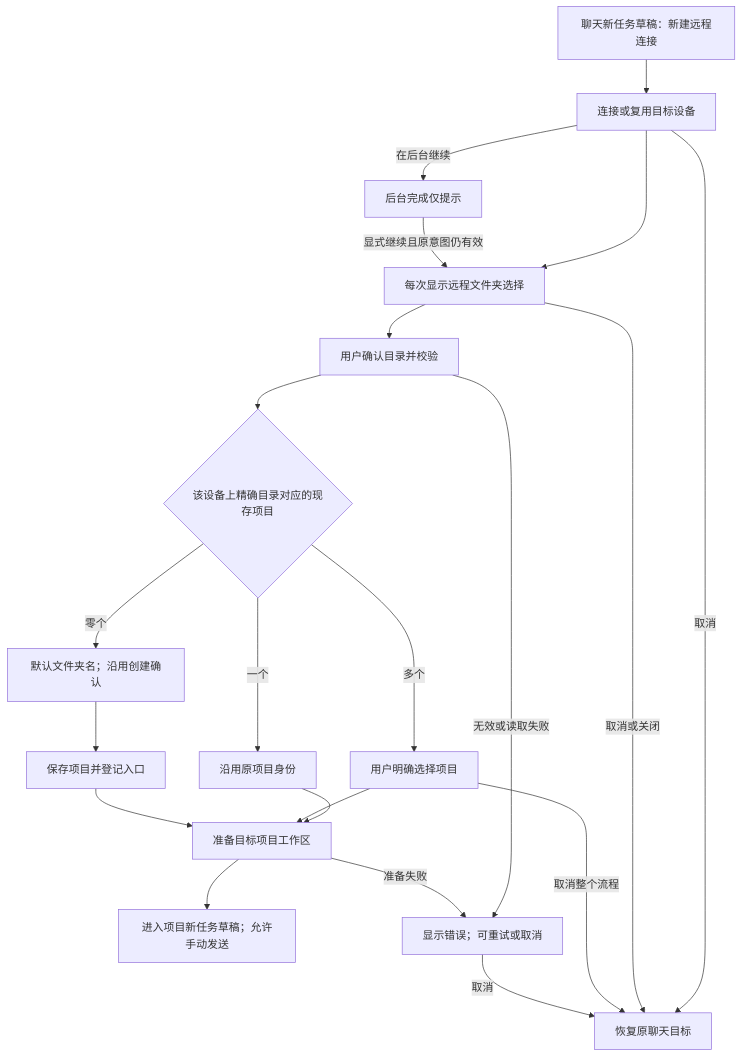
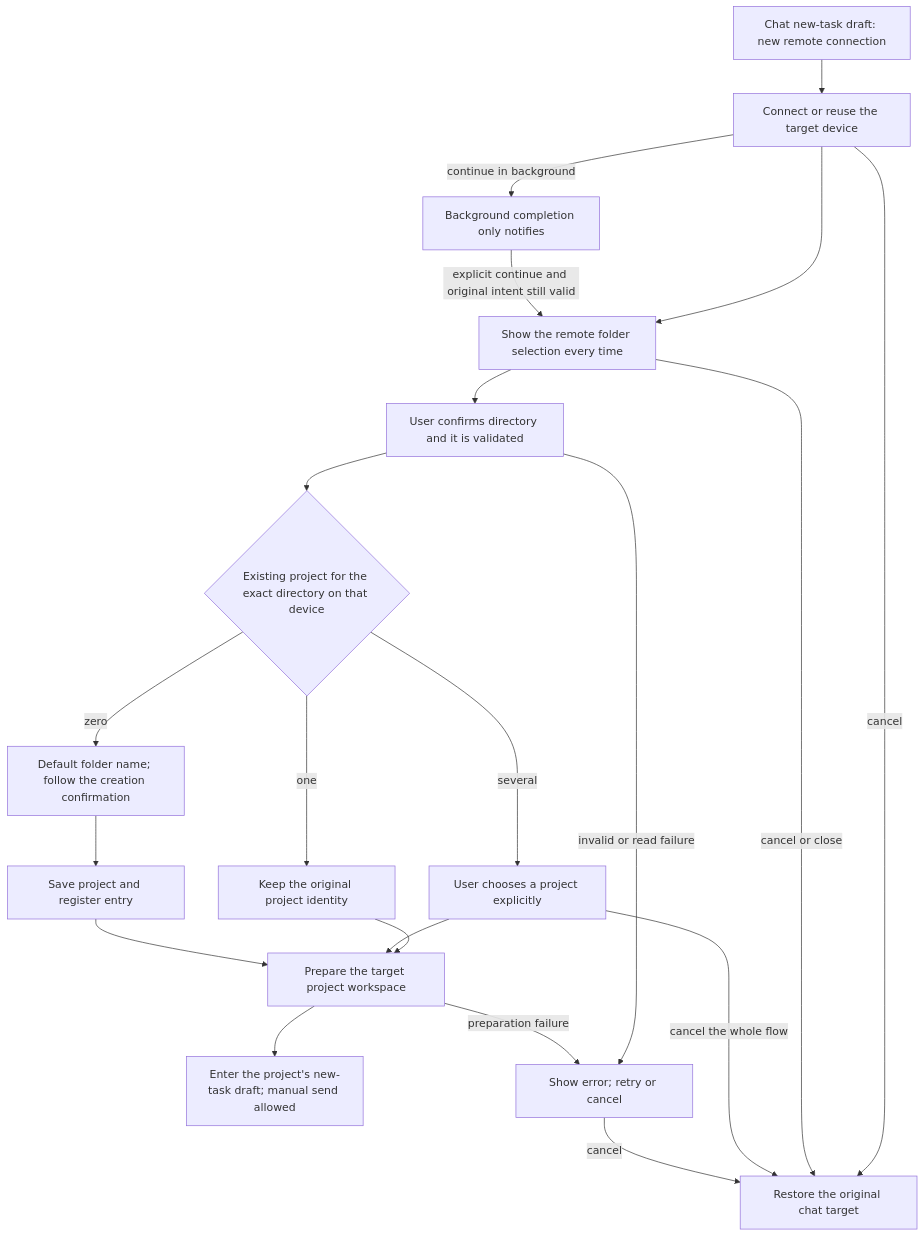
The diagram in docs/issues/remote-connection-ux/21-chat-settings-round-trip.md (osben/ZCode), drawn with Mermaid before and after one commit. The commit also changed other lines of this file and 30 other files, not shown here.

````diff
--- a/docs/issues/remote-connection-ux/21-chat-settings-round-trip.md
+++ b/docs/issues/remote-connection-ux/21-chat-settings-round-trip.md
@@ -36,23 +36,23 @@
 ```mermaid
 flowchart TD
-    A[聊天新任务草稿：新建远程连接] --> B[连接或复用目标设备]
-    B --> C[每次显示远程文件夹选择]
-    C --> D[用户确认目录并校验]
-    D --> E{该设备上精确目录对应的现存项目}
-    E -->|一个| F[沿用原项目身份]
-    E -->|多个| G[用户明确选择项目]
-    E -->|零个| H[默认文件夹名；沿用创建确认]
-    H --> I[保存项目并登记入口]
-    F --> J[准备目标项目工作区]
+    A[Chat new-task draft: new remote connection] --> B[Connect or reuse the target device]
+    B --> C[Show the remote folder selection every time]
+    C --> D[User confirms directory and it is validated]
+    D --> E{Existing project for the exact directory on that device}
+    E -->|one| F[Keep the original project identity]
+    E -->|several| G[User chooses a project explicitly]
+    E -->|zero| H[Default folder name; follow the creation confirmation]
+    H --> I[Save project and register entry]
+    F --> J[Prepare the target project workspace]
     G --> J
     I --> J
-    J --> K[进入项目新任务草稿；允许手动发送]
-    B -->|取消| L[恢复原聊天目标]
-    C -->|取消或关闭| L
-    G -->|取消整个流程| L
-    D -->|无效或读取失败| M[显示错误；可重试或取消]
-    J -->|准备失败| M
-    M -->|取消| L
-    B -->|在后台继续| N[后台完成仅提示]
-    N -->|显式继续且原意图仍有效| C
+    J --> K[Enter the project's new-task draft; manual send allowed]
+    B -->|cancel| L[Restore the original chat target]
+    C -->|cancel or close| L
+    G -->|cancel the whole flow| L
+    D -->|invalid or read failure| M[Show error; retry or cancel]
+    J -->|preparation failure| M
+    M -->|cancel| L
+    B -->|continue in background| N[Background completion only notifies]
+    N -->|explicit continue and original intent still valid| C
 ```
````
